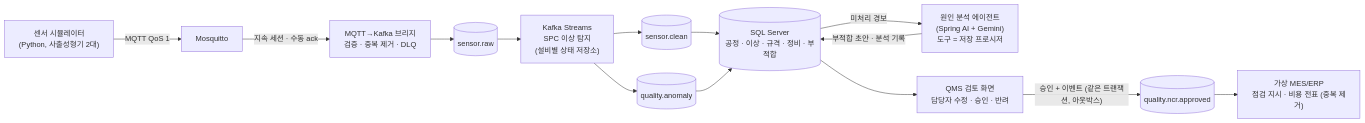
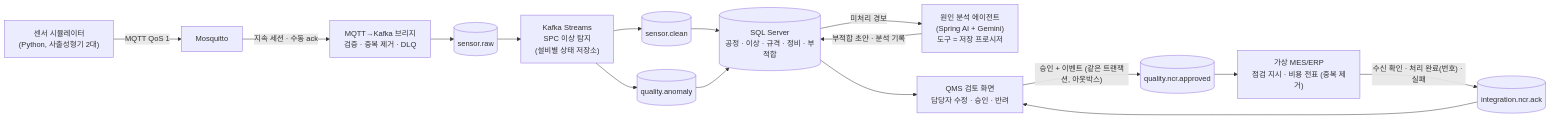
One commit to choiminjeong0623/qualiguard-agent changed the diagram in README.md. Above: the diagram before and after it, drawn with Mermaid. The commit also changed other lines of this file and 19 other files, not shown here.

First line of the commit message:
feat(integration): MES/ERP 처리 결과 응답 수신과 실패 시스템 다시 보내기 (ADR-012)

````diff
--- a/README.md
+++ b/README.md
@@ -37,15 +37,16 @@
 ```mermaid
 flowchart LR
     SIM["센서 시뮬레이터<br/>(Python, 사출성형기 2대)"] -- "MQTT QoS 1" --> MQ["Mosquitto"]
     MQ -- "지속 세션 · 수동 ack" --> BR["MQTT→Kafka 브리지<br/>검증 · 중복 제거 · DLQ"]
     BR --> RAW[("sensor.raw")]
     RAW --> SPC["Kafka Streams<br/>SPC 이상 탐지<br/>(설비별 상태 저장소)"]
     SPC --> CLEAN[("sensor.clean")]
     SPC --> ANO[("quality.anomaly")]
     CLEAN --> DB[("SQL Server<br/>공정 · 이상 · 규격 · 정비 · 부적합")]
     ANO --> DB
     DB -- "미처리 경보" --> AG["원인 분석 에이전트<br/>(Spring AI + Gemini)<br/>도구 = 저장 프로시저"]
     AG -- "부적합 초안 · 분석 기록" --> DB
     DB --> QMS["QMS 검토 화면<br/>담당자 수정 · 승인 · 반려"]
     QMS -- "승인 + 이벤트 (같은 트랜잭션, 아웃박스)" --> APR[("quality.ncr.approved")] --> MES["가상 MES/ERP<br/>점검 지시 · 비용 전표 (중복 제거)"]
+    MES -- "수신 확인 · 처리 완료(번호) · 실패" --> ACK[("integration.ncr.ack")] --> QMS
 ```
````
